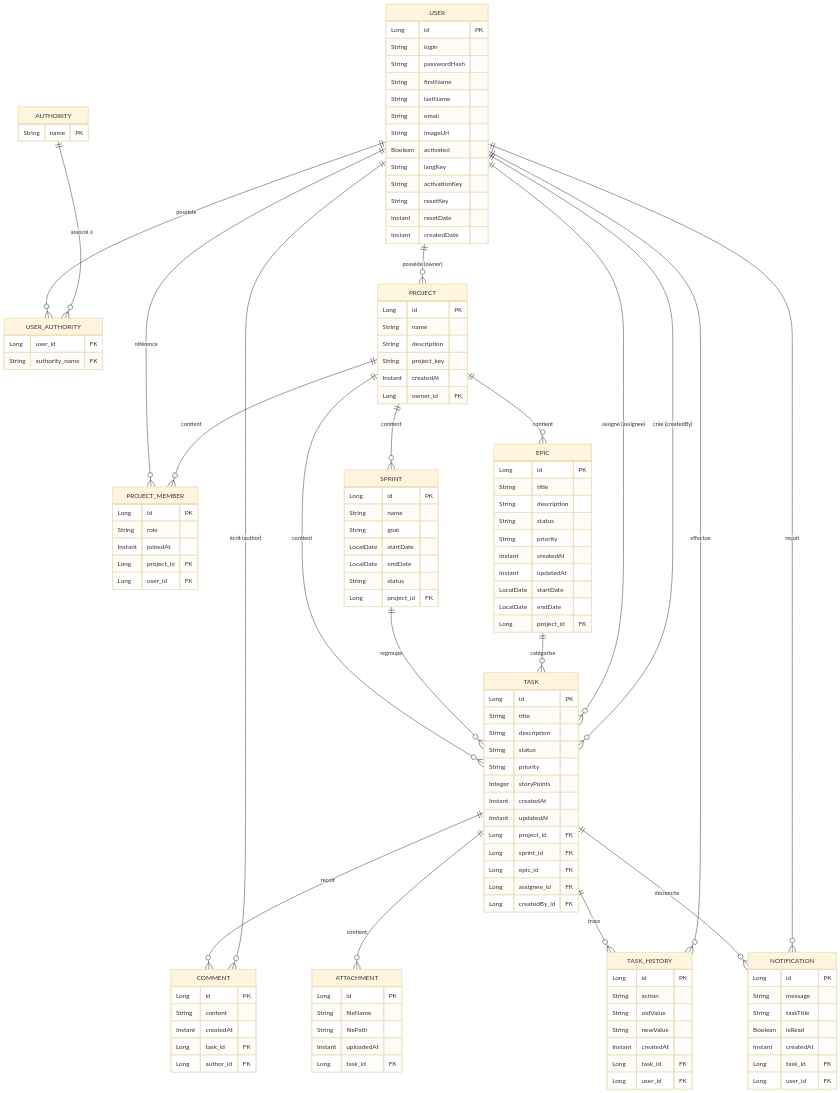
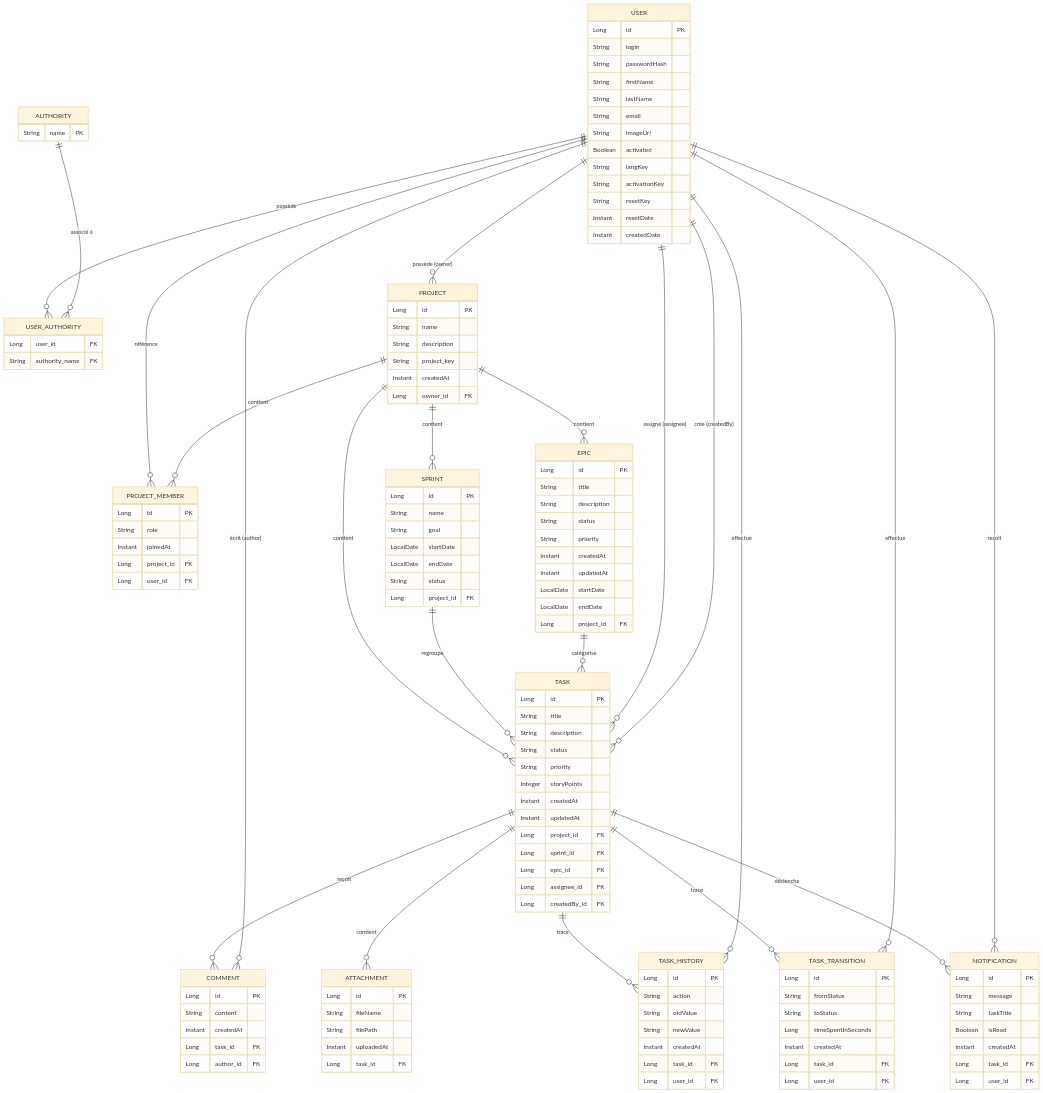
The second of 2 diagrams in docs/fiche-classes.md (24231-Brahim/gestion_taches), drawn with Mermaid (base theme) before and after one commit. The commit also changed other lines of this file and 186 other files, not shown here.

```diff
--- a/docs/fiche-classes.md
+++ b/docs/fiche-classes.md
@@ -279,6 +287,16 @@
         Long user_id FK
     }
 
+    TASK_TRANSITION {
+        Long id PK
+        String fromStatus
+        String toStatus
+        Long timeSpentInSeconds
+        Instant createdAt
+        Long task_id FK
+        Long user_id FK
+    }
+
     NOTIFICATION {
         Long id PK
         String message
@@ -300,11 +318,13 @@
     TASK ||--o{ COMMENT : "reçoit"
     TASK ||--o{ ATTACHMENT : "contient"
     TASK ||--o{ TASK_HISTORY : "trace"
+    TASK ||--o{ TASK_TRANSITION : "trace"
     TASK ||--o{ NOTIFICATION : "déclenche"
     USER ||--o{ TASK : "assigné (assignee)"
     USER ||--o{ TASK : "crée (createdBy)"
     USER ||--o{ COMMENT : "écrit (author)"
     USER ||--o{ TASK_HISTORY : "effectue"
+    USER ||--o{ TASK_TRANSITION : "effectue"
     USER ||--o{ NOTIFICATION : "reçoit"
     USER ||--o{ USER_AUTHORITY : "possède"
     AUTHORITY ||--o{ USER_AUTHORITY : "associé à"
```
